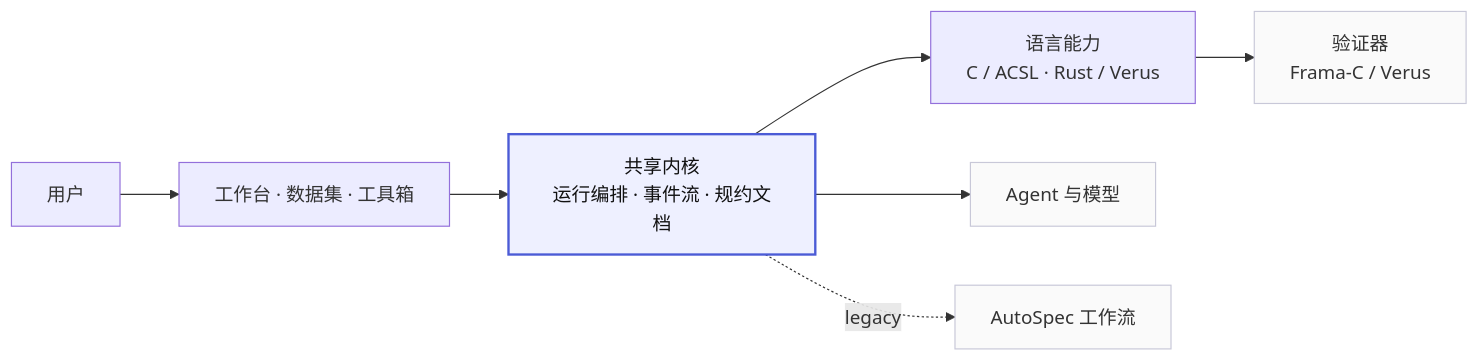
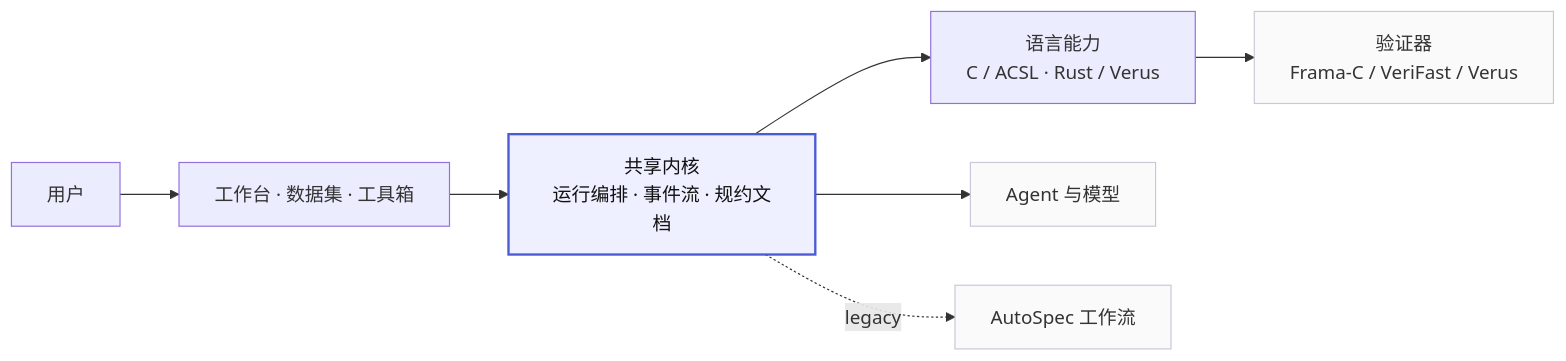
Before and after one commit to leisure118/SpecSynth: the first of 3 diagrams in docs/ARCHITECTURE.md, drawn with Mermaid. The commit also changed other lines of this file and 58 other files, not shown here.

````diff
--- a/docs/ARCHITECTURE.md
+++ b/docs/ARCHITECTURE.md
@@ -14,14 +14,14 @@
 ```mermaid
 flowchart LR
   U["用户"] --> E["工作台 · 数据集 · 工具箱"]
   E --> K["共享内核<br/>运行编排 · 事件流 · 规约文档"]
   K --> L["语言能力<br/>C / ACSL · Rust / Verus"]
   K --> A["Agent 与模型"]
-  L --> V["验证器<br/>Frama-C / Verus"]
+  L --> V["验证器<br/>Frama-C / VeriFast / Verus"]
   K -. legacy .-> X["AutoSpec 工作流"]
 
   classDef core fill:#eef0ff,stroke:#4b5bd6,stroke-width:2px,color:#111
   classDef ext fill:#fafafa,stroke:#c8c8d8,color:#333
   class K core
   class A,V,X ext
 ```
````
